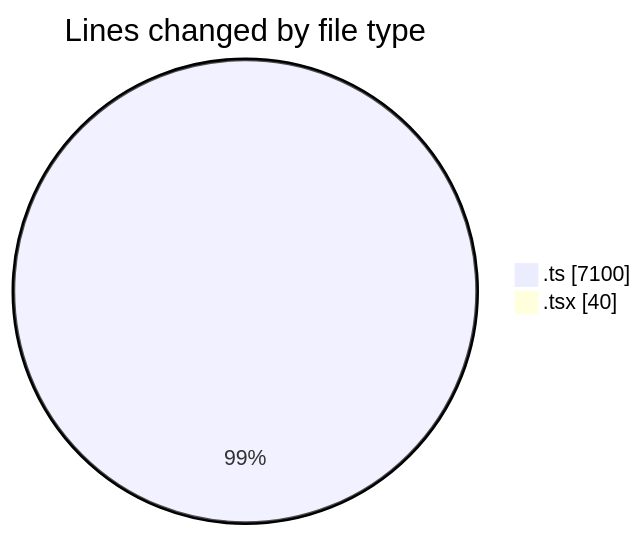
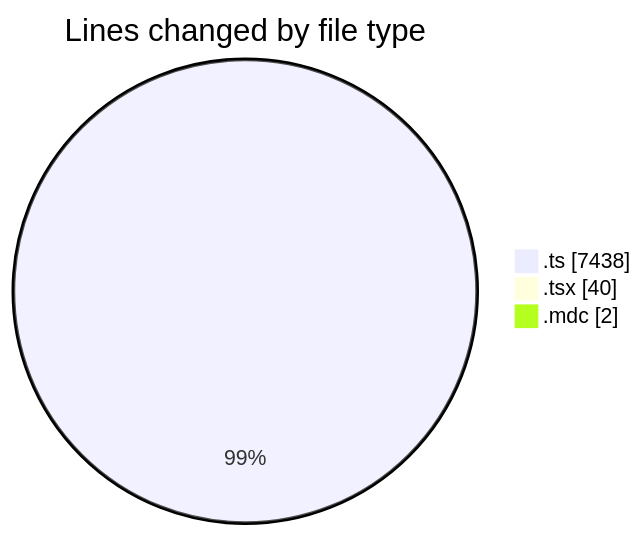
One commit to CELIANVF/code-tracking changed the first of 2 diagrams in 2025-06-06/ecodeli-1/README.md. Above: the diagram before and after it, drawn with Mermaid. The commit also changed other lines of this file and 1 other file, not shown here.

````diff
--- a/2025-06-06/ecodeli-1/README.md
+++ b/2025-06-06/ecodeli-1/README.md
@@ -34,6 +35,7 @@
 ```mermaid
 pie showData
 title Lines changed by file type
-".ts" : 7100
+".ts" : 7438
 ".tsx" : 40
+".mdc" : 2
 ```
````
